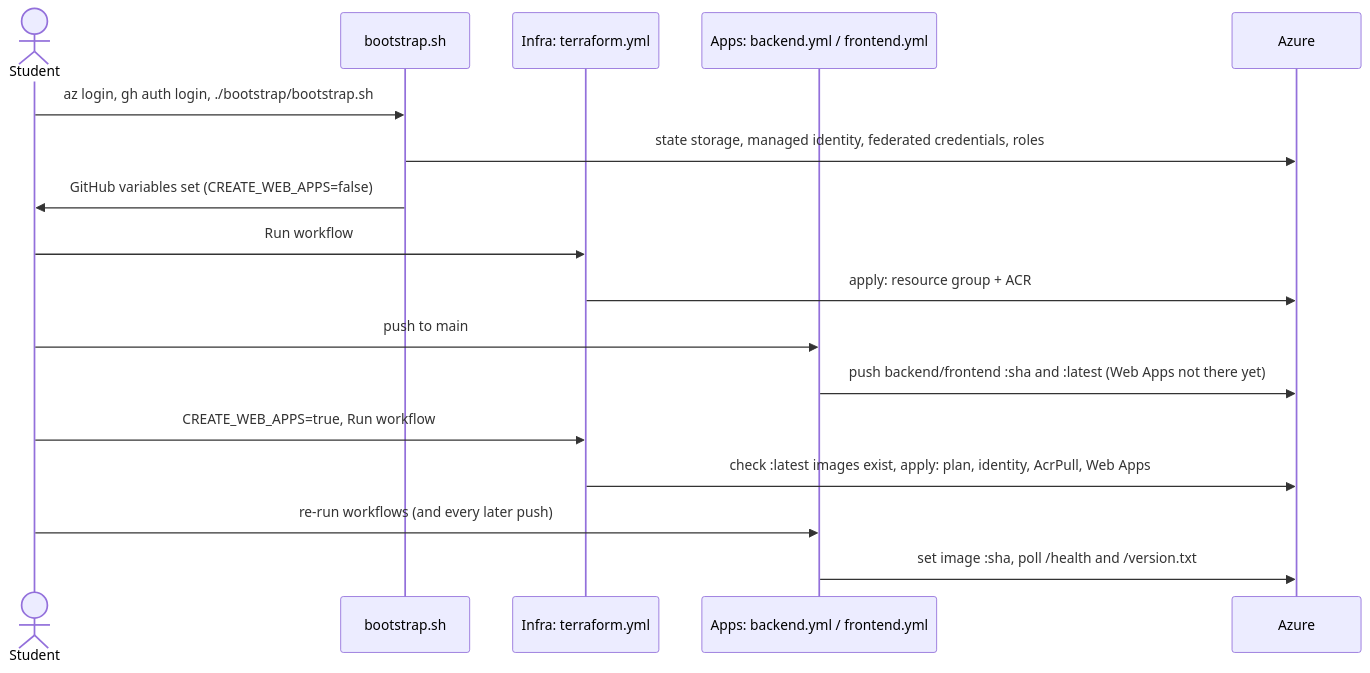
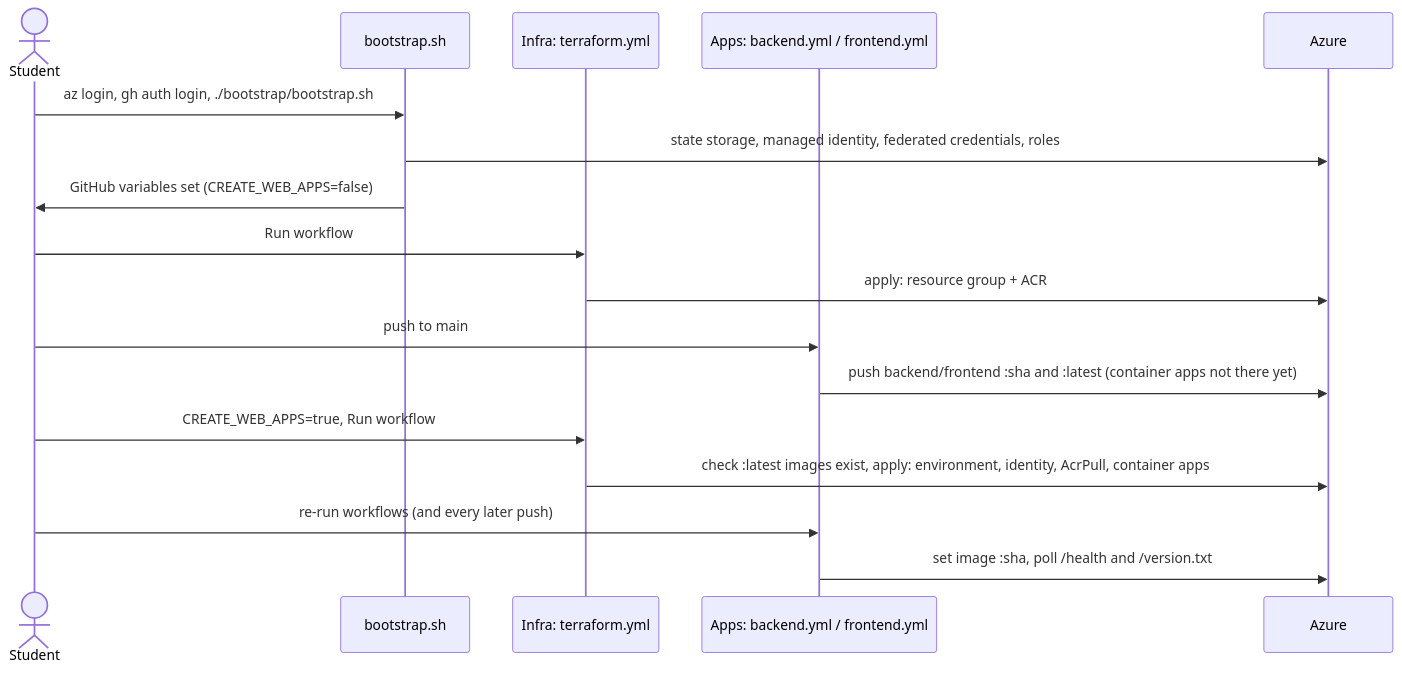
One commit to agi1clj/CC2026_DS_Infra changed the third of 3 diagrams in docs/architecture.md. Above: the diagram before and after it, drawn with Mermaid. The commit also changed other lines of this file and 20 other files, not shown here.

First line of the commit message:
feat(hosting): run the apps on Azure Container Apps by default

````diff
--- a/docs/architecture.md
+++ b/docs/architecture.md
@@ -83,20 +83,20 @@
 ```mermaid
 sequenceDiagram
     actor S as Student
     participant B as bootstrap.sh
     participant TF as Infra: terraform.yml
     participant AP as Apps: backend.yml / frontend.yml
     participant AZ as Azure
 
     S->>B: az login, gh auth login, ./bootstrap/bootstrap.sh
     B->>AZ: state storage, managed identity, federated credentials, roles
     B->>S: GitHub variables set (CREATE_WEB_APPS=false)
     S->>TF: Run workflow
     TF->>AZ: apply: resource group + ACR
     S->>AP: push to main
-    AP->>AZ: push backend/frontend :sha and :latest (Web Apps not there yet)
+    AP->>AZ: push backend/frontend :sha and :latest (container apps not there yet)
     S->>TF: CREATE_WEB_APPS=true, Run workflow
-    TF->>AZ: check :latest images exist, apply: plan, identity, AcrPull, Web Apps
+    TF->>AZ: check :latest images exist, apply: environment, identity, AcrPull, container apps
     S->>AP: re-run workflows (and every later push)
     AP->>AZ: set image :sha, poll /health and /version.txt
 ```
````
